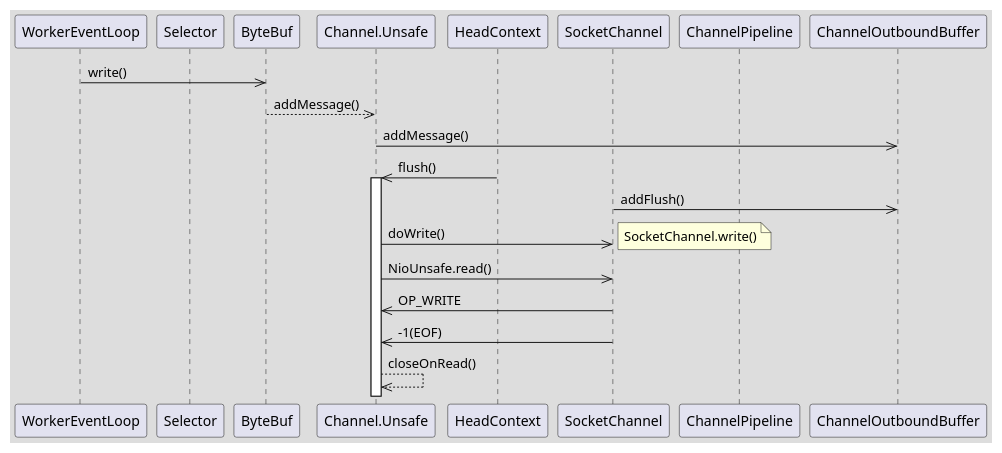
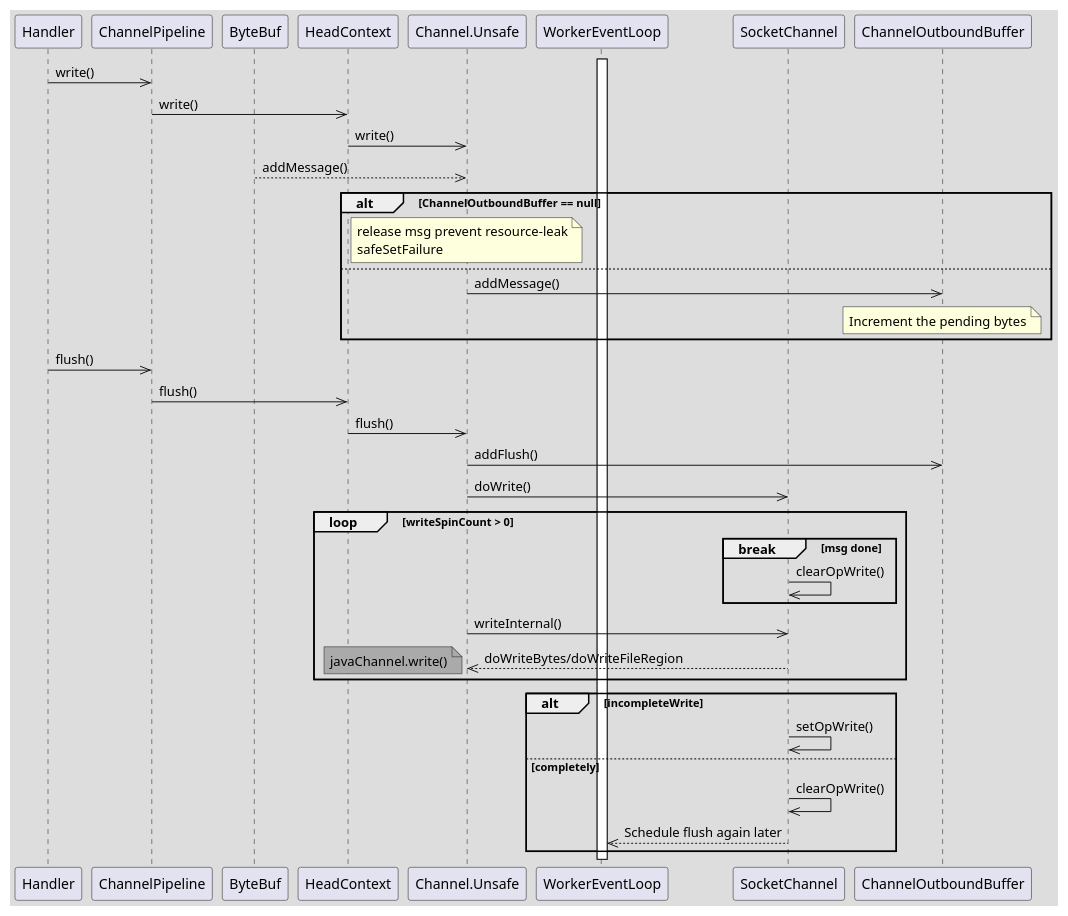
Before and after one commit to Robinpig/Note: the fourth of 5 diagrams in docs/CS/Java/Netty/Netty.md, drawn with PlantUML. The commit also changed other lines of this file and 7 other files, not shown here.

````diff
--- a/docs/CS/Java/Netty/Netty.md
+++ b/docs/CS/Java/Netty/Netty.md
@@ -184,27 +206,47 @@
 ```plantuml
 skinparam backgroundColor #DDDDDD
 
+participant Handler as hl
+participant ChannelPipeline as pipe
+participant ByteBuf as bb
+participant HeadContext as hc
+participant Channel.Unsafe as ue
 participant WorkerEventLoop as we
-participant Selector as se
-participant ByteBuf as bb
-
-we ->> bb: write()
-participant Channel.Unsafe as ue
-participant HeadContext as hc
+activate we
+hl ->> pipe: write()
+pipe ->> hc: write()
+hc ->> ue: write()
 
 bb -->> ue: addMessage()
 participant SocketChannel as so
-participant ChannelPipeline as pipe
 participant ChannelOutboundBuffer as ob
-ue ->> ob: addMessage()
+alt ChannelOutboundBuffer == null
+    note over ue
+        release msg prevent resource-leak
+        safeSetFailure
+    end note
+else 
+    ue ->> ob: addMessage()
+    note over ob: Increment the pending bytes
+end
+hl ->> pipe: flush()
+pipe ->> hc: flush()
 hc ->> ue: flush()
-activate ue
-so ->> ob: addFlush()
+ue ->> ob: addFlush()
 ue ->> so: doWrite()
-note right: SocketChannel.write()
-ue ->> so: NioUnsafe.read()
-so ->> ue: OP_WRITE
-so ->> ue: -1(EOF)
-ue -->> ue: closeOnRead()
+loop writeSpinCount > 0
+    break msg done
+        so ->> so: clearOpWrite()
+    end
+    ue ->> so: writeInternal()
+    so -->> ue: doWriteBytes/doWriteFileRegion
+    note left #AAAAAA: javaChannel.write()
+end
 
+alt incompleteWrite
+    so ->> so: setOpWrite()
+else completely
+    so ->> so: clearOpWrite()
+    so -->> we: Schedule flush again later
+end
 ```
````
